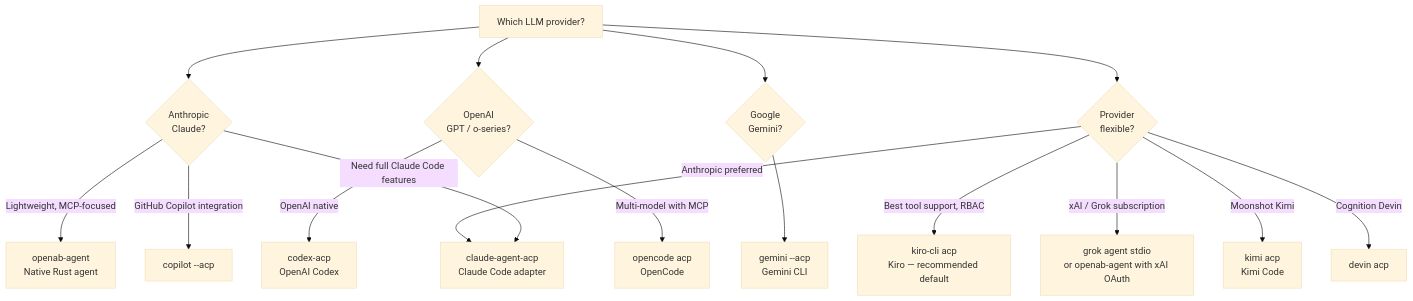
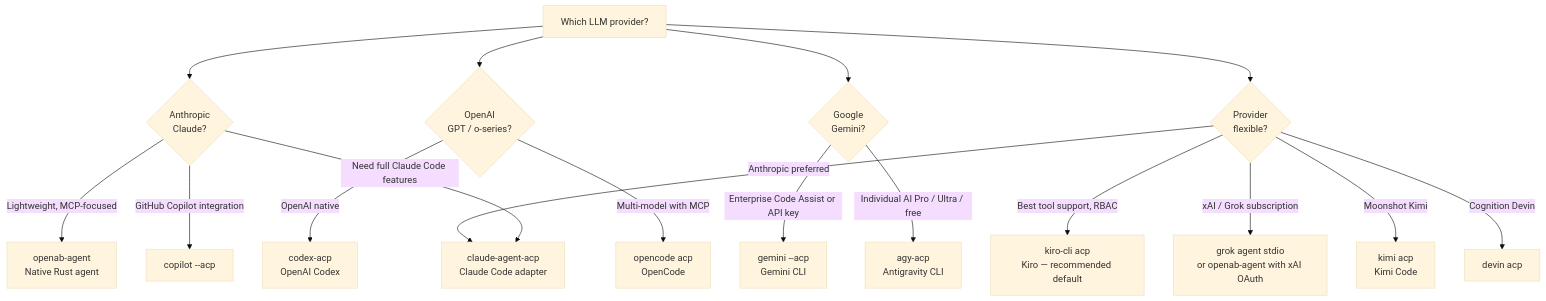
One commit to shaun-agent/openab-map changed the diagram in 04-decision-trees/which-agent.md. Above: the diagram before and after it, drawn with Mermaid (base theme). The commit also changed other lines of this file and 6 other files, not shown here.

````diff
--- a/04-decision-trees/which-agent.md
+++ b/04-decision-trees/which-agent.md
@@ -7,22 +7,23 @@
 ```mermaid
 flowchart TD
     START[Which LLM provider?] --> ANTHROPIC{Anthropic\nClaude?}
     START --> OPENAI{OpenAI\nGPT / o-series?}
     START --> GOOGLE{Google\nGemini?}
     START --> FLEX{Provider\nflexible?}
 
     ANTHROPIC -->|Need full Claude Code features| CC[claude-agent-acp\nClaude Code adapter]
     ANTHROPIC -->|Lightweight, MCP-focused| OAA[openab-agent\nNative Rust agent]
     ANTHROPIC -->|GitHub Copilot integration| COP[copilot --acp]
 
     OPENAI -->|OpenAI native| CODEX[codex-acp\nOpenAI Codex]
     OPENAI -->|Multi-model with MCP| OC[opencode acp\nOpenCode]
 
-    GOOGLE --> GEM[gemini --acp\nGemini CLI]
+    GOOGLE -->|Enterprise Code Assist or API key| GEM[gemini --acp\nGemini CLI]
+    GOOGLE -->|Individual AI Pro / Ultra / free| AGY[agy-acp\nAntigravity CLI]
 
     FLEX -->|Best tool support, RBAC| KIRO[kiro-cli acp\nKiro — recommended default]
     FLEX -->|Anthropic preferred| CC
     FLEX -->|xAI / Grok subscription| GROK[grok agent stdio\nor openab-agent with xAI OAuth]
     FLEX -->|Moonshot Kimi| KIMI[kimi acp\nKimi Code]
     FLEX -->|Cognition Devin| DEVIN[devin acp]
 ```
````
